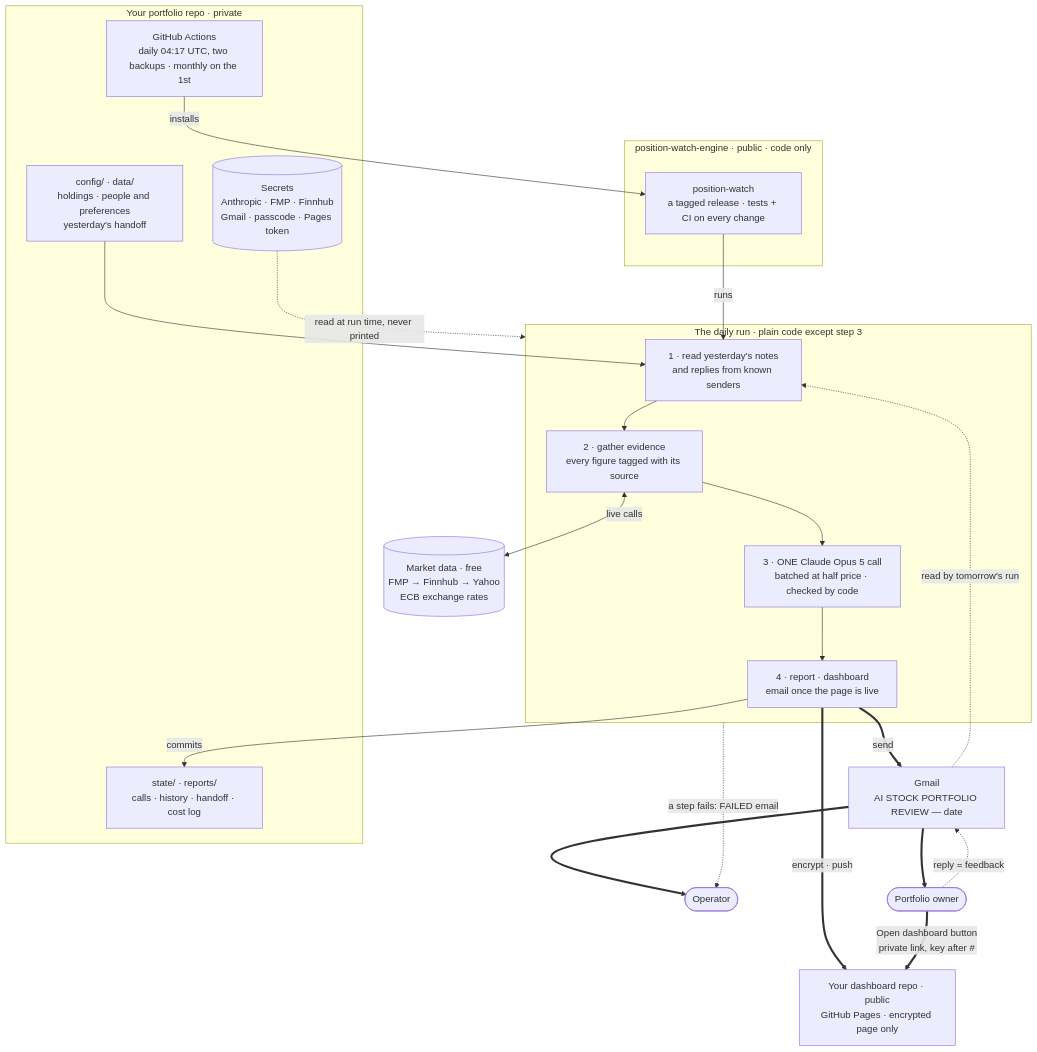
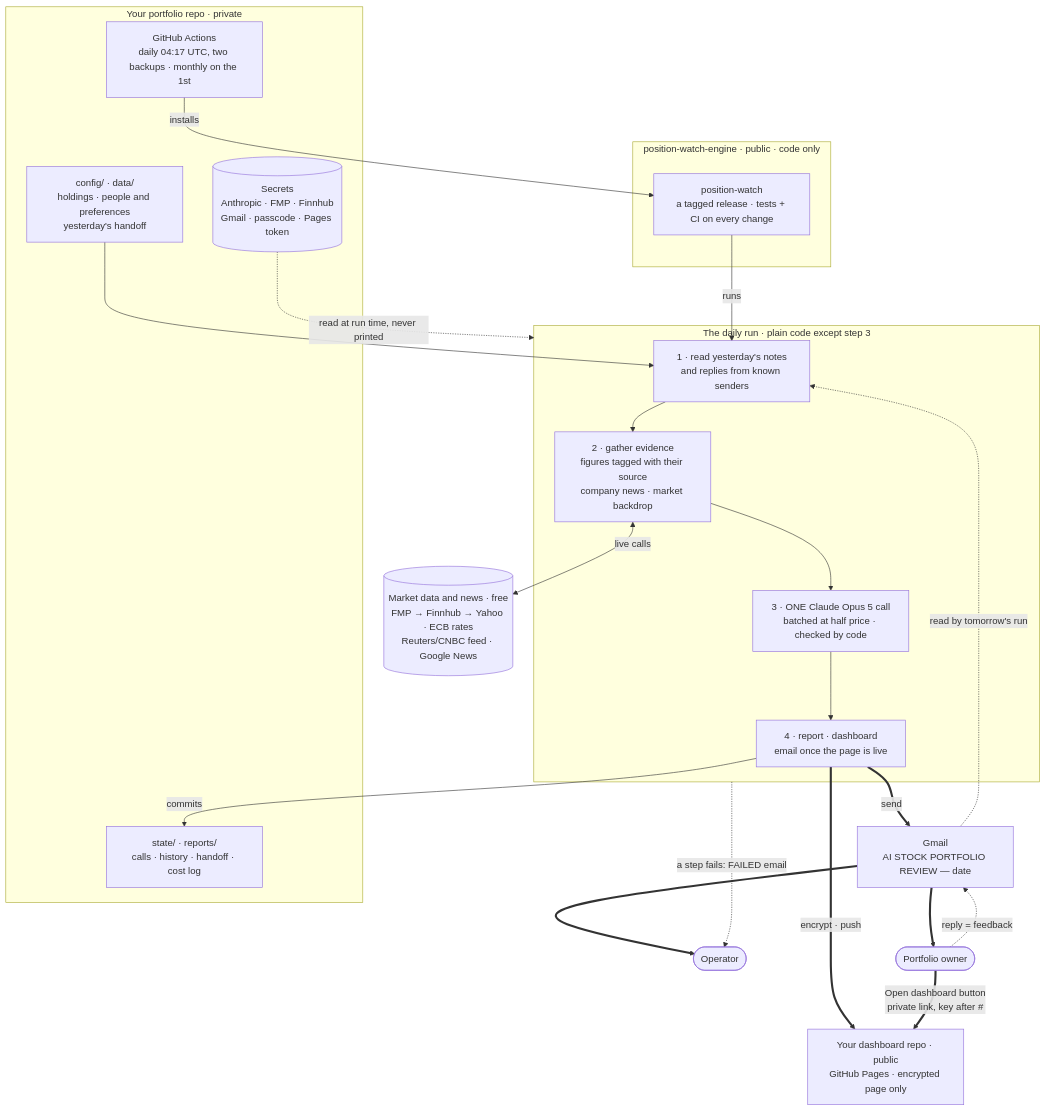
Before and after one commit to alexdiehl0/position-watch-engine: the first of 3 diagrams in docs/architecture.md, drawn with Mermaid. The commit also changed other lines of this file and 21 other files, not shown here.

First line of the commit message:
News that matters: filtered company headlines and a markets & world briefing

````diff
--- a/docs/architecture.md
+++ b/docs/architecture.md
@@ -9,41 +9,41 @@
 ```mermaid
 flowchart TB
   subgraph ENGINE["position-watch-engine · public · code only"]
     PKG["position-watch<br/>a tagged release · tests + CI on every change"]
   end
 
   subgraph REPO["Your portfolio repo · private"]
     CRON["GitHub Actions<br/>daily 04:17 UTC, two backups · monthly on the 1st"]
     SEC[("Secrets<br/>Anthropic · FMP · Finnhub<br/>Gmail · passcode · Pages token")]
     IN["config/ · data/<br/>holdings · people and preferences<br/>yesterday's handoff"]
     OUT["state/ · reports/<br/>calls · history · handoff · cost log"]
   end
 
   subgraph RUN["The daily run · plain code except step 3"]
     S1["1 · read yesterday's notes<br/>and replies from known senders"]
-    S2["2 · gather evidence<br/>every figure tagged with its source"]
+    S2["2 · gather evidence<br/>figures tagged with their source<br/>company news · market backdrop"]
     S3["3 · ONE Claude Opus 5 call<br/>batched at half price · checked by code"]
     S4["4 · report · dashboard<br/>email once the page is live"]
     S1 --> S2 --> S3 --> S4
   end
 
-  MK[("Market data · free<br/>FMP → Finnhub → Yahoo<br/>ECB exchange rates")]
+  MK[("Market data and news · free<br/>FMP → Finnhub → Yahoo · ECB rates<br/>Reuters/CNBC feed · Google News")]
   PAGES["Your dashboard repo · public<br/>GitHub Pages · encrypted page only"]
   MAIL["Gmail<br/>AI STOCK PORTFOLIO REVIEW — date"]
   OP(["Operator"])
   OWN(["Portfolio owner"])
 
   CRON -->|"installs"| PKG
   PKG -->|"runs"| S1
   SEC -.->|"read at run time, never printed"| RUN
   IN --> S1
   S2 <-->|"live calls"| MK
   S4 -->|"commits"| OUT
   S4 ==>|"encrypt · push"| PAGES
   S4 ==>|"send"| MAIL
   MAIL ==> OP & OWN
   OWN ==>|"Open dashboard button<br/>private link, key after #"| PAGES
   OWN -.->|"reply = feedback"| MAIL
   MAIL -.->|"read by tomorrow's run"| S1
   RUN -.->|"a step fails: FAILED email"| OP
 ```
````
